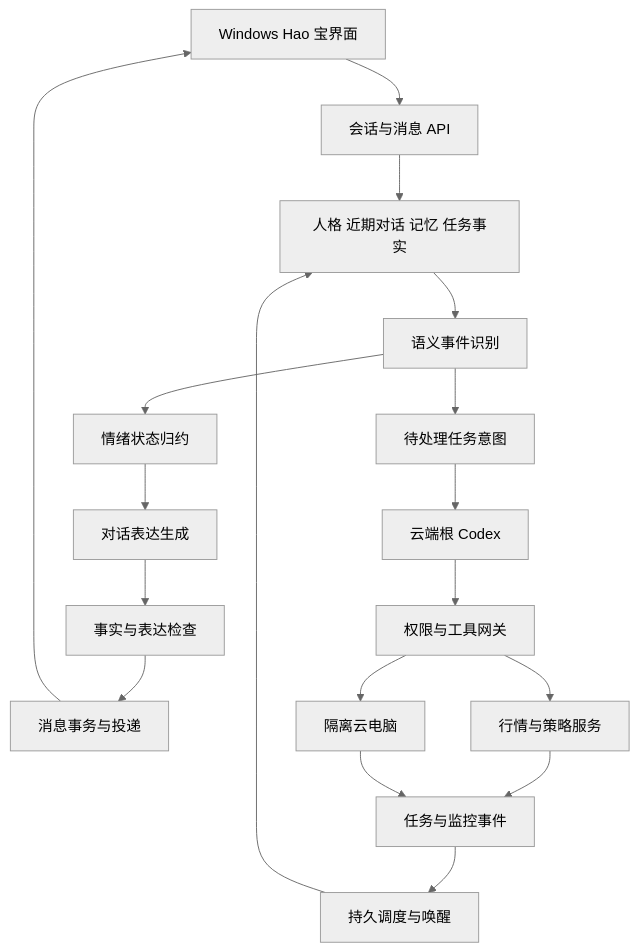
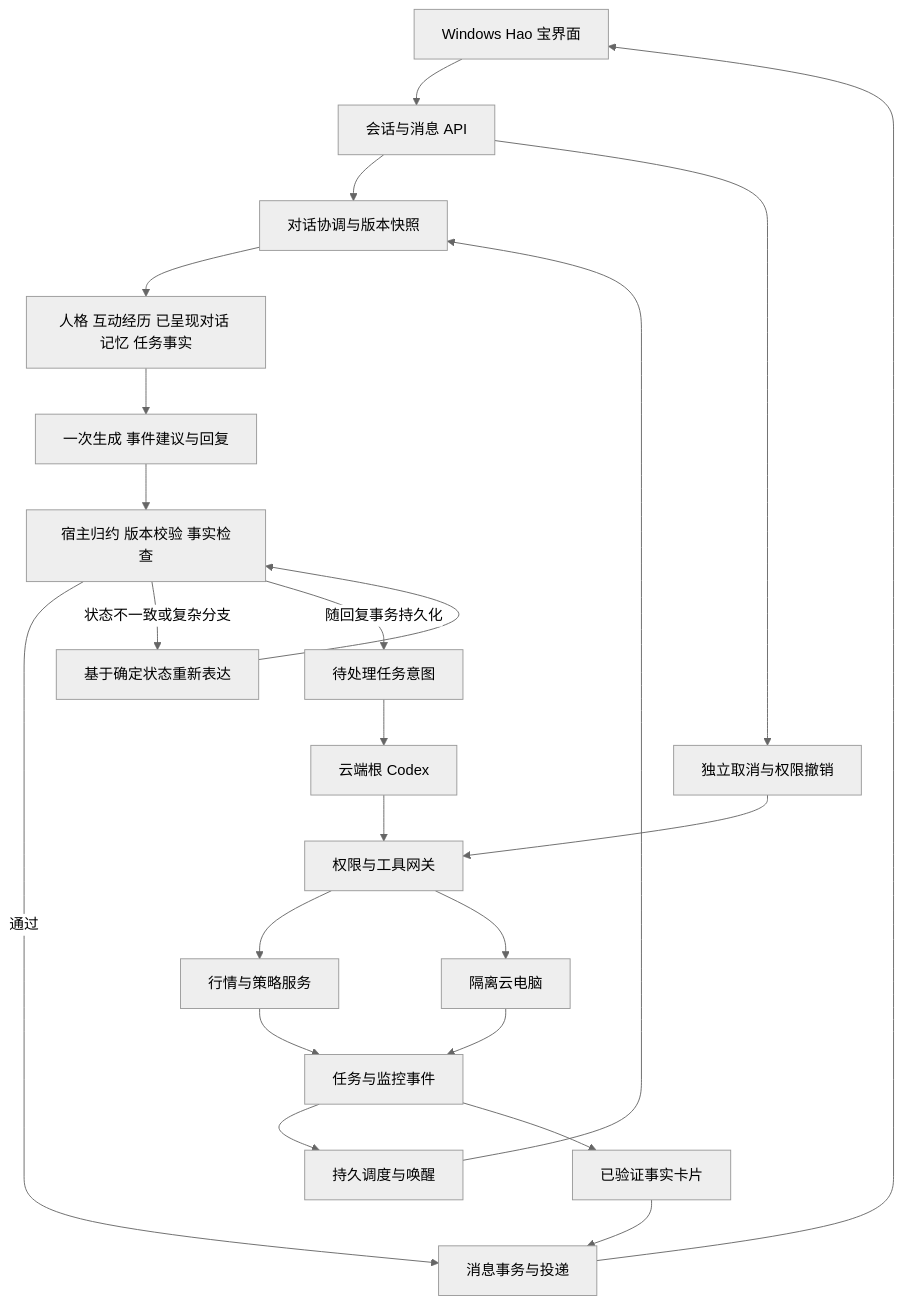
Before and after one commit to cuirenjie/haolo_web3_mac: the diagram in docs/haobao-implementation-plan.zh-CN.md, drawn with Mermaid (neutral theme). The commit also changed other lines of this file and 319 other files, not shown here.

Commit message:
feat(desktop): refresh news, watchlists, chart sync and preference plan cards

````diff
--- a/docs/haobao-implementation-plan.zh-CN.md
+++ b/docs/haobao-implementation-plan.zh-CN.md
@@ -86,20 +88,25 @@
 ```mermaid
 flowchart TD
     UI[Windows Hao 宝界面] --> API[会话与消息 API]
-    API --> CTX[人格 近期对话 记忆 任务事实]
-    CTX --> AP[语义事件识别]
-    AP --> ER[情绪状态归约]
-    ER --> EX[对话表达生成]
-    EX --> VG[事实与表达检查]
-    VG --> OB[消息事务与投递]
+    API --> CO[对话协调与版本快照]
+    CO --> CTX[人格 互动经历 已呈现对话 记忆 任务事实]
+    CTX --> TP[一次生成 事件建议与回复]
+    TP --> VG[宿主归约 版本校验 事实检查]
+    VG -->|通过| OB[消息事务与投递]
+    VG -->|状态不一致或复杂分支| RP[基于确定状态重新表达]
+    RP --> VG
     OB --> UI
-    AP --> TI[待处理任务意图]
+    VG -->|随回复事务持久化| TI[待处理任务意图]
     TI --> ROOT[云端根 Codex]
+    API --> CTRL[独立取消与权限撤销]
+    CTRL --> BROKER
     ROOT --> BROKER[权限与工具网关]
     BROKER --> MARKET[行情与策略服务]
     BROKER --> VM[隔离云电脑]
     MARKET --> EV[任务与监控事件]
     VM --> EV
     EV --> SCHED[持久调度与唤醒]
-    SCHED --> CTX
+    SCHED --> CO
+    EV --> FC[已验证事实卡片]
+    FC --> OB
 ```
````
